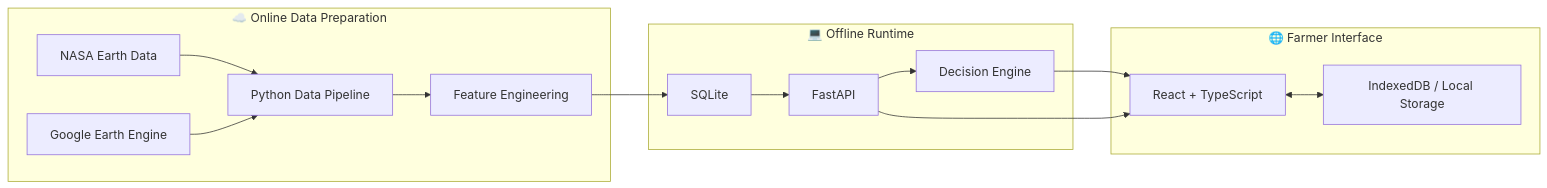
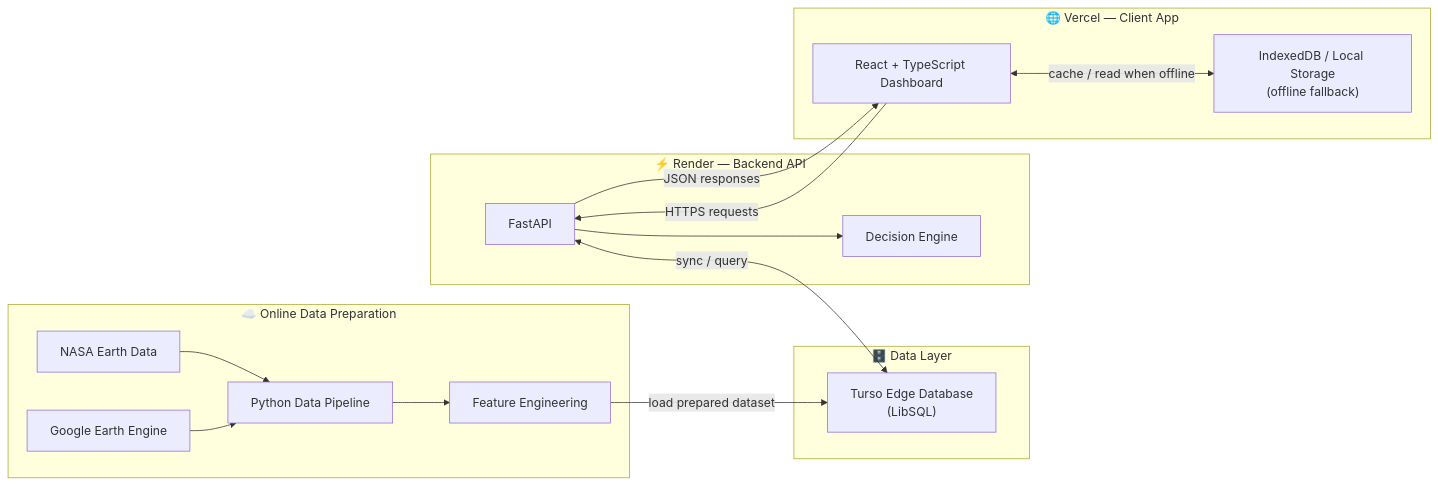
One commit to Zishan-125/field-shift changed the second of 5 diagrams in README.md. Above: the diagram before and after it, drawn with Mermaid. The commit also changed other lines of this file, not shown here.

````diff
--- a/README.md
+++ b/README.md
@@ -247,34 +250,36 @@
 ```mermaid
 flowchart LR
 
     subgraph ONLINE["☁️ Online Data Preparation"]
         NASA["NASA Earth Data"]
         GEE["Google Earth Engine"]
         PIPE["Python Data Pipeline"]
         FEATURES["Feature Engineering"]
     end
 
-    subgraph LOCAL["💻 Offline Runtime"]
-        DB["SQLite"]
+    subgraph EDGE["🗄️ Data Layer"]
+        DB["Turso Edge Database<br/>(LibSQL)"]
+    end
+
+    subgraph BACKEND["⚡ Render — Backend API"]
         API["FastAPI"]
         ENGINE["Decision Engine"]
     end
 
-    subgraph FRONTEND["🌐 Farmer Interface"]
-        WEB["React + TypeScript"]
-        STORAGE["IndexedDB / Local Storage"]
+    subgraph CLIENT["🌐 Vercel — Client App"]
+        WEB["React + TypeScript Dashboard"]
+        STORAGE["IndexedDB / Local Storage<br/>(offline fallback)"]
     end
 
     NASA --> PIPE
     GEE --> PIPE
     PIPE --> FEATURES
-    FEATURES --> DB
+    FEATURES -->|"load prepared dataset"| DB
 
-    DB --> API
+    WEB -->|"HTTPS requests"| API
     API --> ENGINE
+    API <-->|"sync / query"| DB
+    API -->|"JSON responses"| WEB
 
-    ENGINE --> WEB
-    API --> WEB
-
-    WEB <--> STORAGE
+    WEB <-->|"cache / read when offline"| STORAGE
 ```
````
